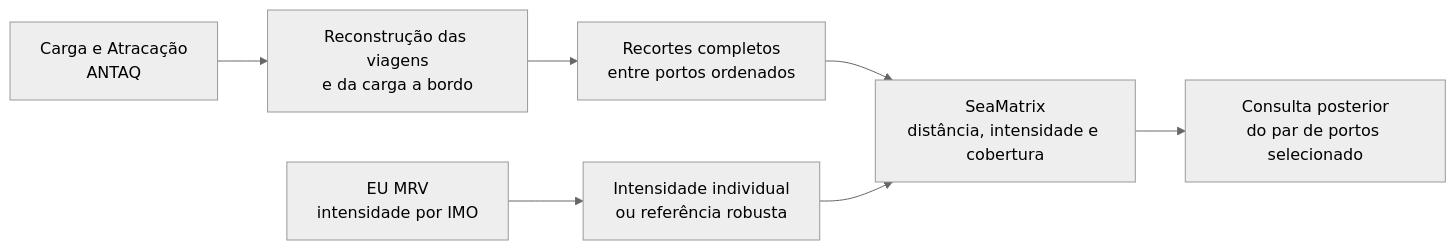
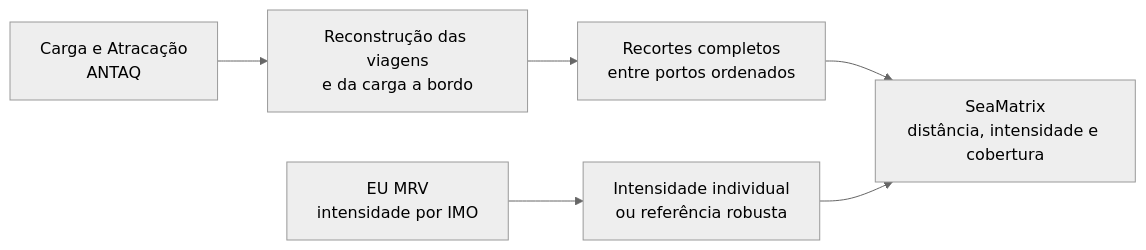
Before and after one commit to pennylanesccp/cabotage-lens: the fifth of 9 diagrams in docs/tf_technical_article_draft.md, drawn with Mermaid (neutral theme). The commit also changed other lines of this file, not shown here.

````diff
--- a/docs/tf_technical_article_draft.md
+++ b/docs/tf_technical_article_draft.md
@@ -607,9 +623,8 @@
 ```mermaid
 flowchart LR
     A["Carga e Atracação<br/>ANTAQ"] --> B["Reconstrução das viagens<br/>e da carga a bordo"]
     B --> C["Recortes completos<br/>entre portos ordenados"]
     D["EU MRV<br/>intensidade por IMO"] --> E["Intensidade individual<br/>ou referência robusta"]
     C --> F["SeaMatrix<br/>distância, intensidade e cobertura"]
     E --> F
-    F --> G["Consulta posterior<br/>do par de portos selecionado"]
 ```
````
